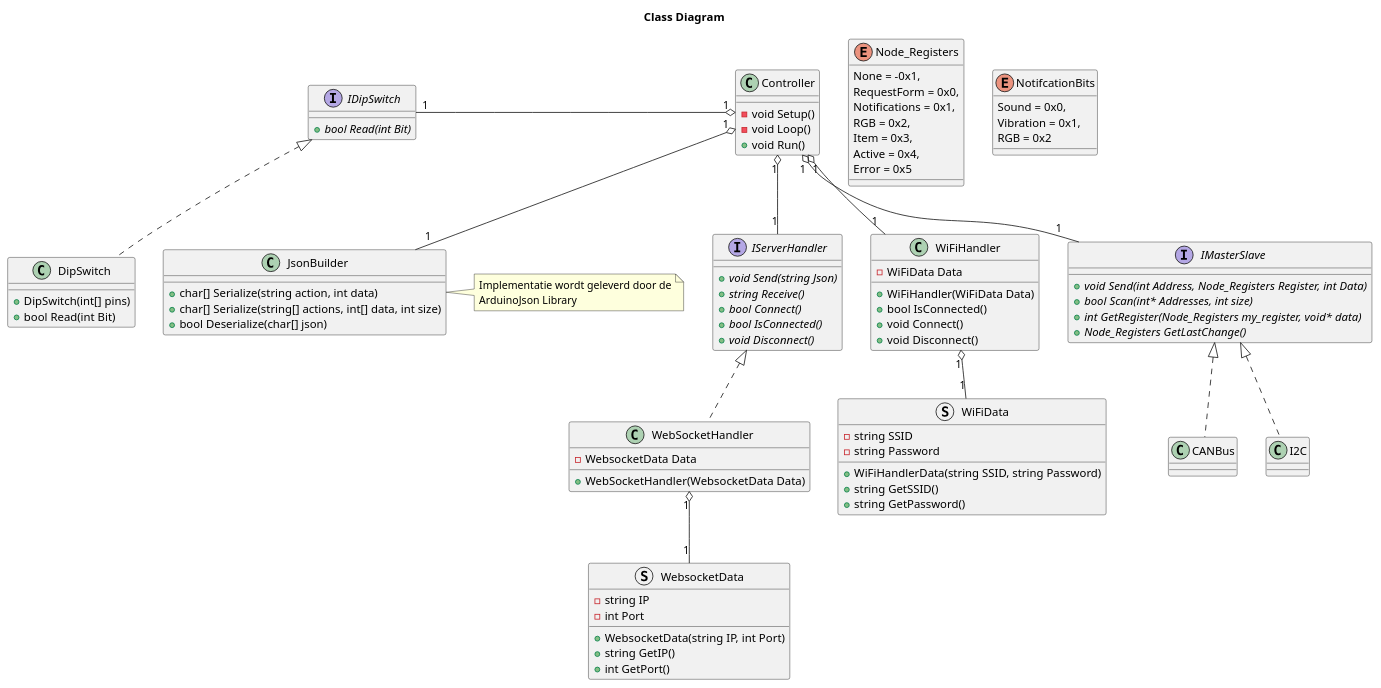
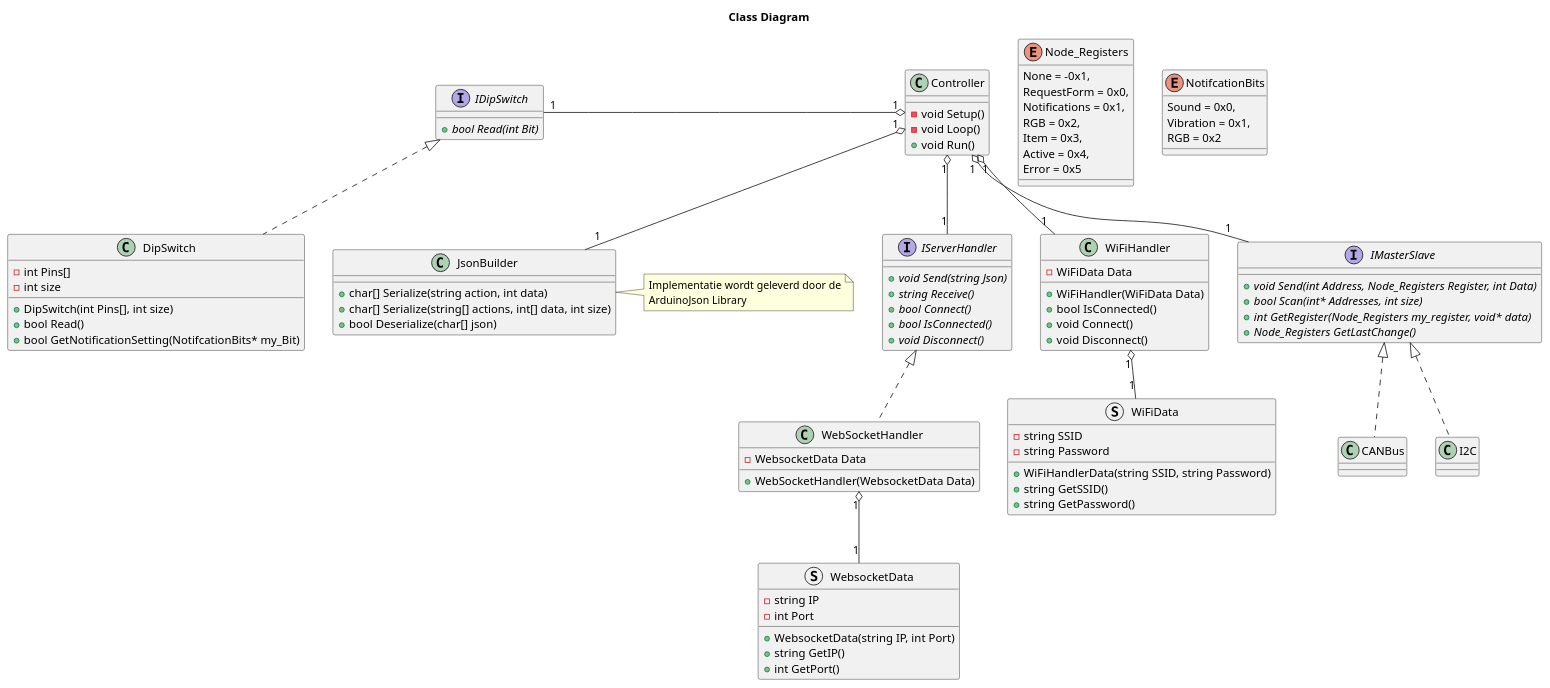
Before and after one commit to T3-FindIt/FindIt: the diagram in Designs/ESP-32/Design.wsd, drawn with PlantUML.

Commit message:
Implemented some feedback.
Still a WIP

```diff
--- a/Designs/ESP-32/Design.wsd
+++ b/Designs/ESP-32/Design.wsd
@@ -1,124 +1,127 @@
 @startuml ClassDiagram
 Title Class Diagram
 
 Class Controller
 {
     {method} - void Setup()
     {method} - void Loop()
     {method} + void Run()
 }
 
 Interface IServerHandler
 {
     {abstract} + void Send(string Json)
     {abstract} + string Receive()
     {abstract} + bool Connect()
     {abstract} + bool IsConnected()
     {abstract} + void Disconnect()
 }
 
 Class WiFiHandler
 {
     {field} - WiFiData Data
     {method} + WiFiHandler(WiFiData Data)
     {method} + bool IsConnected()
     {method} + void Connect()
     {method} + void Disconnect()
 }
 
 Class WebSocketHandler
 {
     {field} - WebsocketData Data
     {method} + WebSocketHandler(WebsocketData Data)
 }
 
 Struct WebsocketData
 {
     {field} - string IP
     {field} - int Port
 
     {method} + WebsocketData(string IP, int Port)
     {method} + string GetIP()
     {method} + int GetPort()
 }
 
 Struct WiFiData
 {
     {field} - string SSID
     {field} - string Password
 
     {method} + WiFiHandlerData(string SSID, string Password)
     {method} + string GetSSID()
     {method} + string GetPassword()
 }
 
 Interface IDipSwitch
 {
     {abstract} + bool Read(int Bit)
 }
 
 class DipSwitch
 {
-    {method} + DipSwitch(int[] pins)
-    {method} + bool Read(int Bit)
+    {field} - int Pins[]
+    {field} - int size
+    {method} + DipSwitch(int Pins[], int size)
+    {method} + bool Read()
+    {method} + bool GetNotificationSetting(NotifcationBits* my_Bit)
 }
 
 
 Interface IMasterSlave
 {
     {abstract} + void Send(int Address, Node_Registers Register, int Data)
     {abstract} + bool Scan(int* Addresses, int size)
     {abstract} + int GetRegister(Node_Registers my_register, void* data)
     {abstract} + Node_Registers GetLastChange()
 
 }
 
 enum Node_Registers
 {
     None = -0x1,
     RequestForm = 0x0,
     Notifications = 0x1,
     RGB = 0x2,
     Item = 0x3,
     Active = 0x4,
     Error = 0x5
 }
 
 enum NotifcationBits 
 {
     Sound = 0x0,
     Vibration = 0x1,
     RGB = 0x2
 }
 
 
 Class JsonBuilder
 {
     {method} + char[] Serialize(string action, int data)
     {method} + char[] Serialize(string[] actions, int[] data, int size)
     {method} + bool Deserialize(char[] json)
 }
 
 note right of JsonBuilder : Implementatie wordt geleverd door de\nArduinoJson Library
 
 ' EMPTY CLASSES
 Class CANBus
 Class I2C
 ' END OF EMPYY CLASSES 
 
 IMasterSlave <|.. I2C
 IMasterSlave <|.. CANBus
 IDipSwitch <|.. DipSwitch
 IServerHandler <|.. WebSocketHandler
 
 Controller "1" o-- "1" WiFiHandler
 Controller "1" o-- "1" IMasterSlave
 Controller "1" o-- "1" JsonBuilder
 Controller "1" o-left- "1" IDipSwitch
 Controller "1" o-- "1" IServerHandler
 
 WiFiHandler "1" o-- "1" WiFiData
 WebSocketHandler "1" o-- "1" WebsocketData
 
 
 @enduml
```
